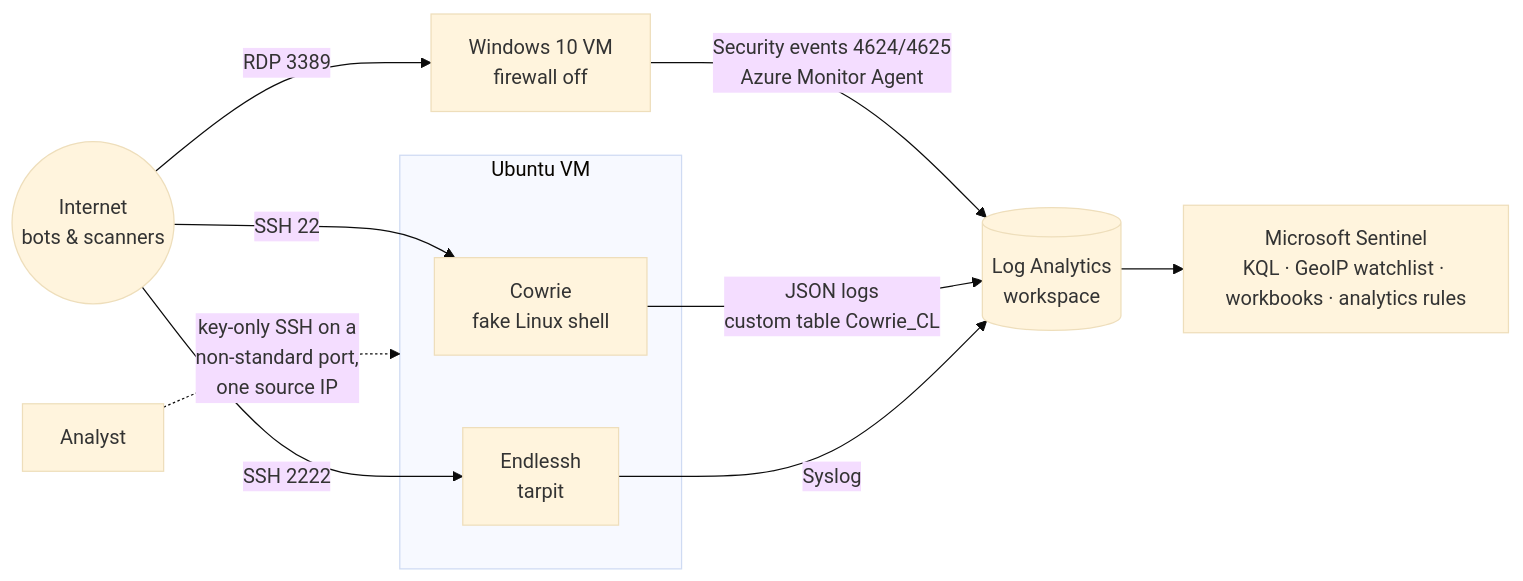
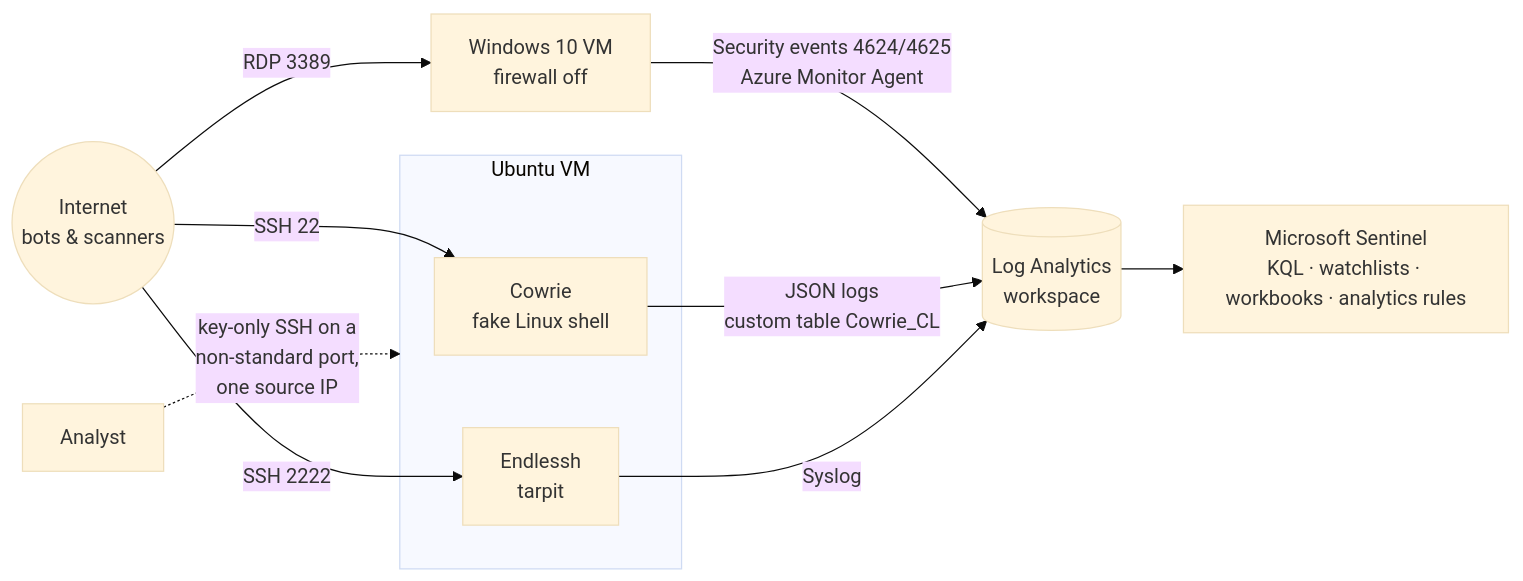
One commit to NotKornFlakes/SocHomelab changed the diagram in README.md. Above: the diagram before and after it, drawn with Mermaid (base theme). The commit also changed other lines of this file and 7 other files, not shown here.

````diff
--- a/README.md
+++ b/README.md
@@ -26,15 +28,15 @@
 ```mermaid
 flowchart LR
     I((Internet<br/>bots & scanners)) -->|RDP 3389| W[Windows 10 VM<br/>firewall off]
     I -->|SSH 22| C[Cowrie<br/>fake Linux shell]
     I -->|SSH 2222| E[Endlessh<br/>tarpit]
     subgraph U[Ubuntu VM]
       C
       E
     end
     W -->|Security events 4624/4625<br/>Azure Monitor Agent| L[(Log Analytics<br/>workspace)]
     C -->|JSON logs<br/>custom table Cowrie_CL| L
     E -->|Syslog| L
-    L --> S[Microsoft Sentinel<br/>KQL · GeoIP watchlist · workbooks · analytics rules]
+    L --> S[Microsoft Sentinel<br/>KQL · watchlists · workbooks · analytics rules]
     A[Analyst] -.->|key-only SSH on a<br/>non-standard port,<br/>one source IP| U
 ```
````
